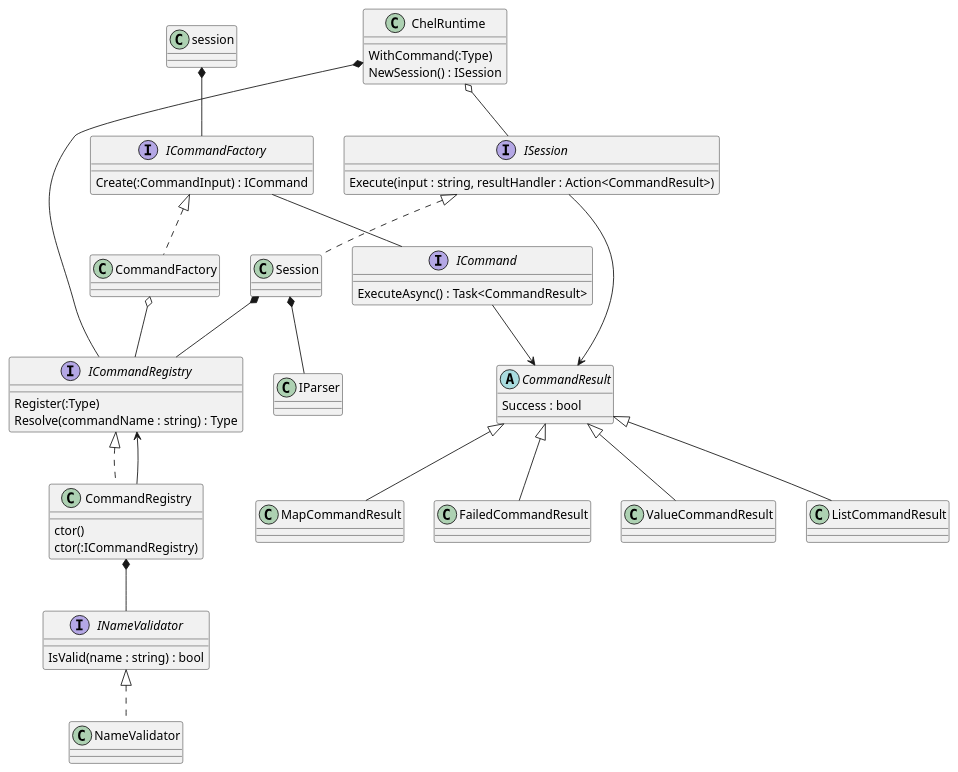
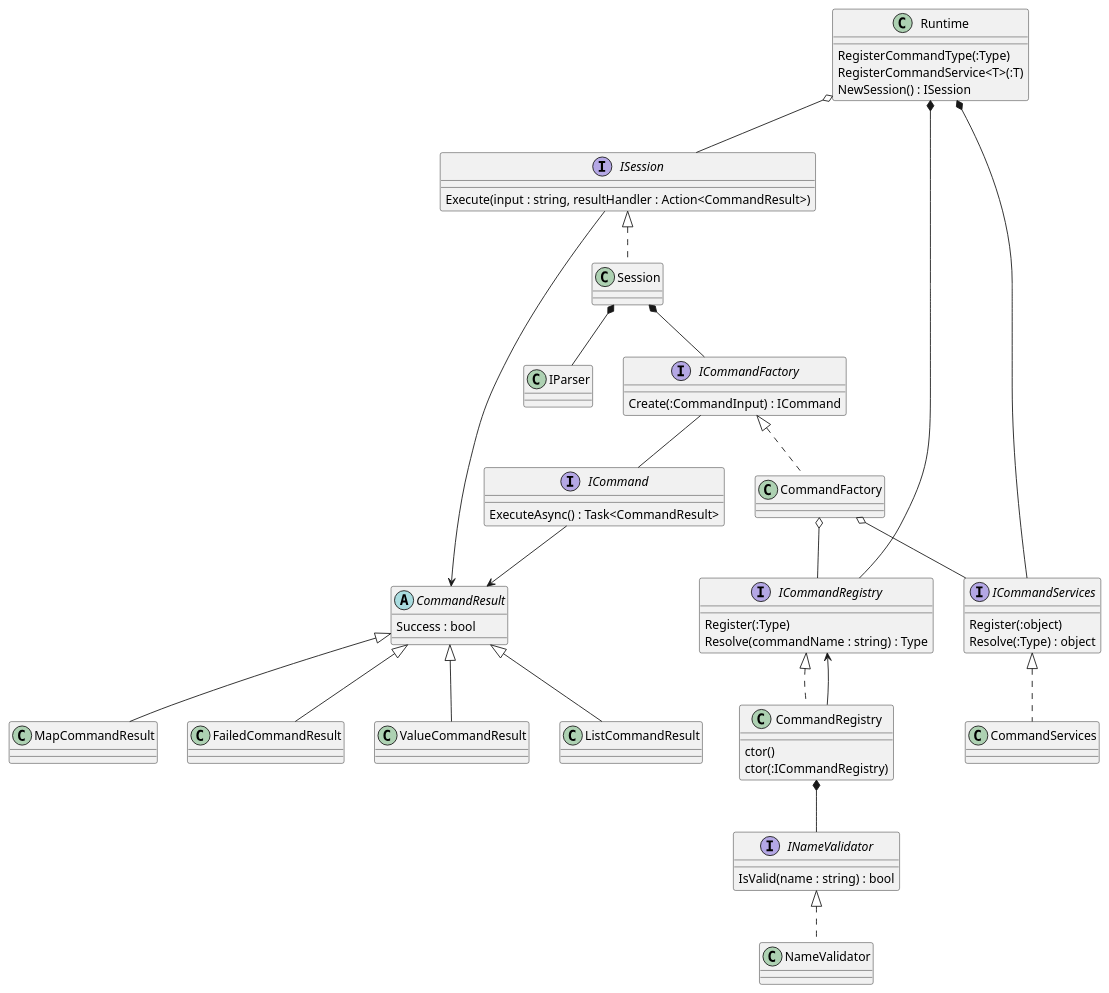
One commit to codeflood/chel changed the diagram in docs/class-design.puml. Above: the diagram before and after it, drawn with PlantUML. The commit also changed 20 other files, not shown here.

Commit message:
Added command services and ctor DI injection

```diff
--- a/docs/class-design.puml
+++ b/docs/class-design.puml
@@ -1,73 +1,82 @@
 @startuml class
 
 interface ICommand {
     ExecuteAsync() : Task<CommandResult>
 }
 
 abstract class CommandResult {
     Success : bool
 }
 
 class ValueCommandResult
 CommandResult <|-- ValueCommandResult
 
 class ListCommandResult
 CommandResult <|-- ListCommandResult
 
 class MapCommandResult
 CommandResult <|-- MapCommandResult
 
 class FailedCommandResult
 CommandResult <|-- FailedCommandResult
 
 ICommand --> CommandResult
 
 interface ICommandFactory {
     Create(:CommandInput) : ICommand
 }
 
 interface ICommandRegistry {
     Register(:Type)
     Resolve(commandName : string) : Type
 }
 
 ICommandFactory -- ICommand
 
 class CommandRegistry implements ICommandRegistry {
     ctor()
     ctor(:ICommandRegistry)
 }
 CommandRegistry --> ICommandRegistry
 
 class CommandFactory implements ICommandFactory
 CommandFactory o-- ICommandRegistry
+CommandFactory o-- ICommandServices
 
 interface INameValidator {
     IsValid(name : string) : bool
 }
 
 class NameValidator implements INameValidator
 
 CommandRegistry *-- INameValidator
 
 interface ISession {
     Execute(input : string, resultHandler : Action<CommandResult>)
 }
 
 ISession --> CommandResult
 
 class Session implements ISession
 
-Session *-- ICommandRegistry
-session *-- ICommandFactory
+Session *-- ICommandFactory
 Session *-- IParser
 
-class ChelRuntime {
-    WithCommand(:Type)
+interface ICommandServices {
+    Register(:object)
+    Resolve(:Type) : object
+}
+
+class CommandServices implements ICommandServices
+
+class Runtime {
+    RegisterCommandType(:Type)
+    RegisterCommandService<T>(:T)
     NewSession() : ISession
 }
 
-ChelRuntime o-- ISession
-ChelRuntime *-- ICommandRegistry
+Runtime o-- ISession
+Runtime *-- ICommandRegistry
+Runtime *-- ICommandServices
 
 @enduml
```
